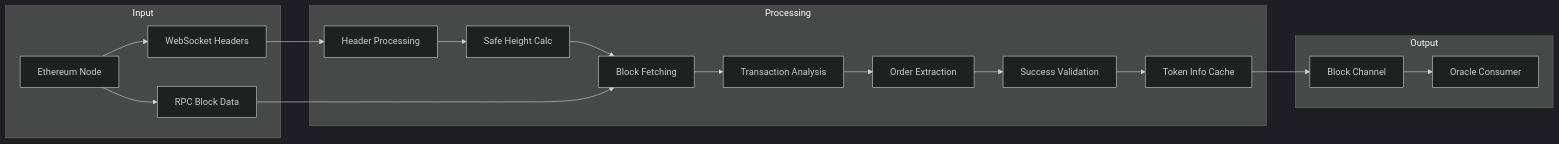
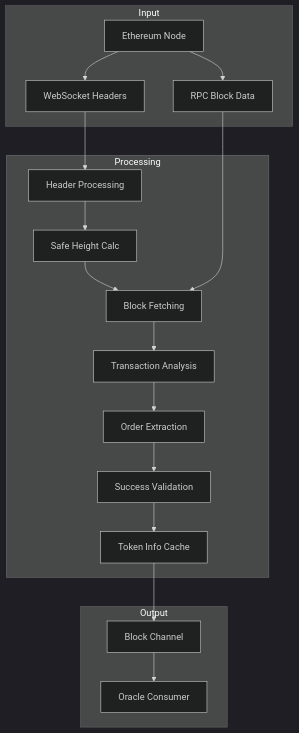
The second of 6 diagrams in cmd/rpc/oracle/eth/ETH_FLOW.md (canopy-network/canopy), drawn with Mermaid (dark theme) before and after one commit. The commit also changed other lines of this file and 1 other file, not shown here.

````diff
--- a/cmd/rpc/oracle/eth/ETH_FLOW.md
+++ b/cmd/rpc/oracle/eth/ETH_FLOW.md
@@ -118,21 +110,21 @@
 ```mermaid
-flowchart LR
+flowchart TD
     subgraph Input
         A[Ethereum Node] --> B[WebSocket Headers]
         A --> C[RPC Block Data]
     end
     subgraph Processing
         B --> D[Header Processing]
         D --> E[Safe Height Calc]
         E --> F[Block Fetching]
         C --> F
         F --> G[Transaction Analysis]
         G --> H[Order Extraction]
         H --> I[Success Validation]
         I --> J[Token Info Cache]
     end
     subgraph Output
         J --> K[Block Channel]
         K --> L[Oracle Consumer]
     end
 ```
````
